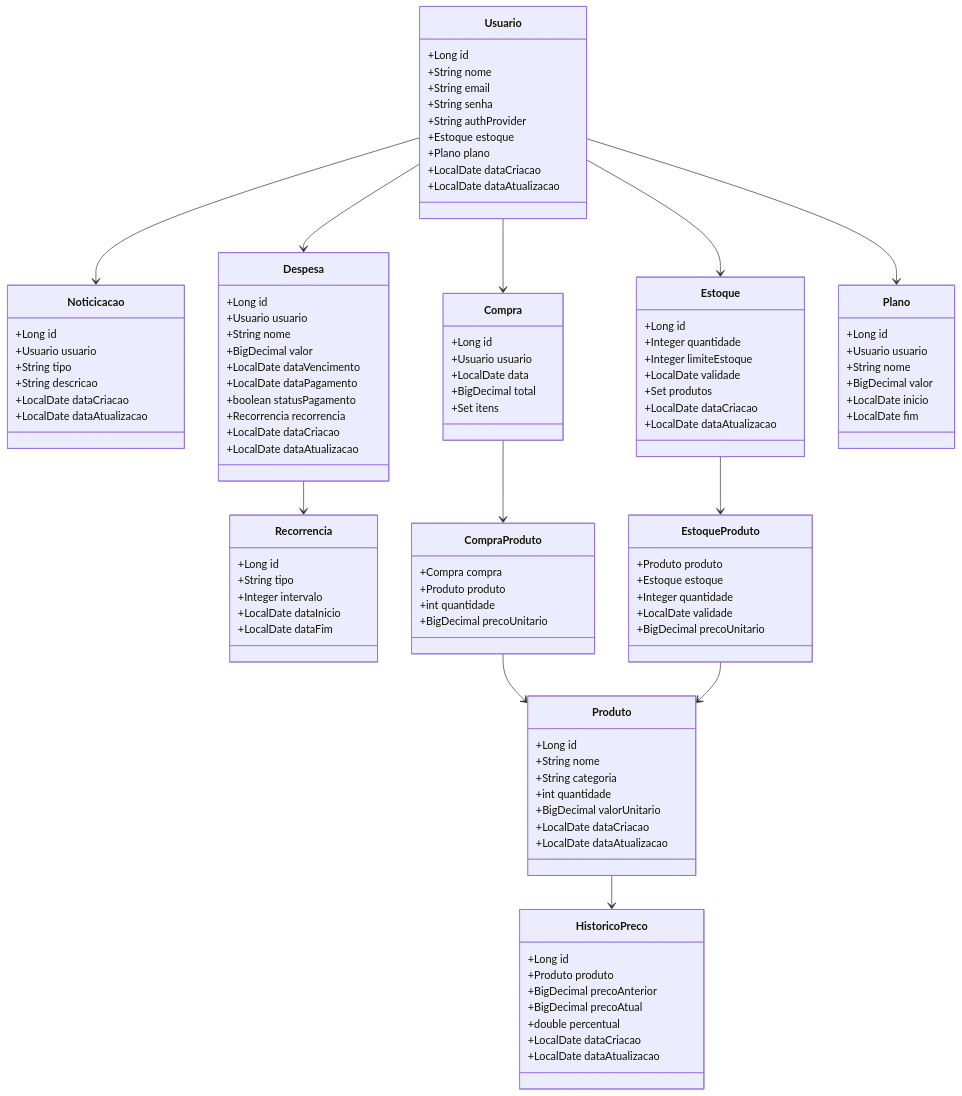
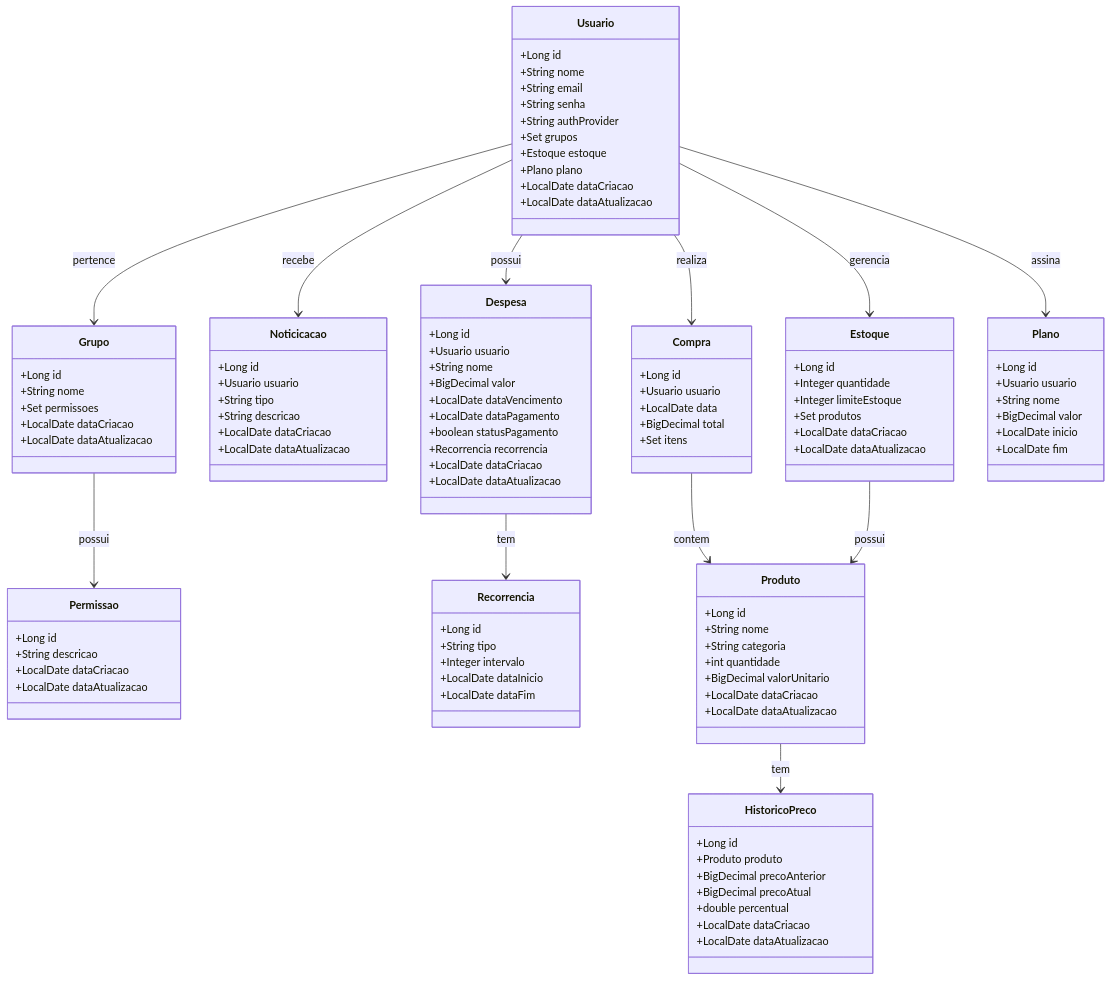
One commit to amilton-sys/gerenciar changed the second of 8 diagrams in README.md. Above: the diagram before and after it, drawn with Mermaid. The commit also changed other lines of this file, not shown here.

````diff
--- a/README.md
+++ b/README.md
@@ -99,8 +105,24 @@
       +String email
       +String senha
       +String authProvider
+      +Set<Grupo> grupos
       +Estoque estoque
       +Plano plano
+      +LocalDate dataCriacao
+      +LocalDate dataAtualizacao
+   }
+
+   class Grupo {
+      +Long id
+      +String nome
+      +Set<Permissao> permissoes
+      +LocalDate dataCriacao
+      +LocalDate dataAtualizacao
+   }
+
+   class Permissao {
+      +Long id
+      +String descricao
       +LocalDate dataCriacao
       +LocalDate dataAtualizacao
    }
@@ -150,32 +172,16 @@
       +Usuario usuario
       +LocalDate data
       +BigDecimal total
-      +Set<CompraProduto> itens
-   }
-
-   class CompraProduto {
-      +Compra compra
-      +Produto produto
-      +int quantidade
-      +BigDecimal precoUnitario
+      +Set<Produto> itens
    }
 
    class Estoque {
       +Long id
       +Integer quantidade
       +Integer limiteEstoque
-      +LocalDate validade
-      +Set<EstoqueProduto> produtos
+      +Set<Produto> produtos
       +LocalDate dataCriacao
       +LocalDate dataAtualizacao
-   }
-
-   class EstoqueProduto {
-      +Produto produto
-      +Estoque estoque
-      +Integer quantidade
-      +LocalDate validade
-      +BigDecimal precoUnitario
    }
 
    class HistoricoPreco {
@@ -197,15 +203,15 @@
       +LocalDate fim
    }
 
-   Usuario --> Despesa
-   Usuario --> Compra
-   Usuario --> Estoque
-   Usuario --> Noticicacao
-   Usuario --> Plano
-   Despesa --> Recorrencia
-   Compra --> CompraProduto
-   CompraProduto --> Produto
-   Estoque --> EstoqueProduto
-   EstoqueProduto --> Produto
-   Produto --> HistoricoPreco
+   Usuario --> Despesa : possui
+   Usuario --> Compra : realiza
+   Usuario --> Estoque : gerencia
+   Usuario --> Noticicacao : recebe
+   Usuario --> Plano : assina
+   Usuario --> Grupo : pertence
+   Grupo --> Permissao : possui
+   Despesa --> Recorrencia : tem
+   Compra --> Produto : contem
+   Estoque --> Produto : possui
+   Produto --> HistoricoPreco : tem
 ```
````
